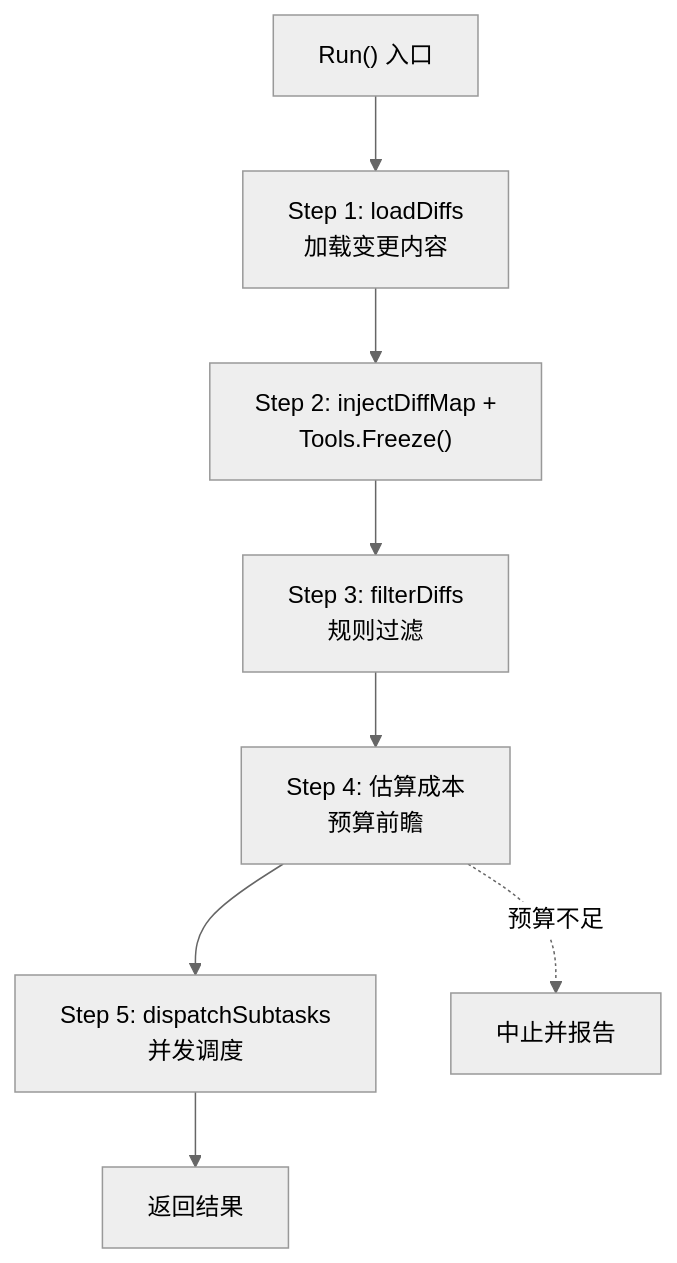
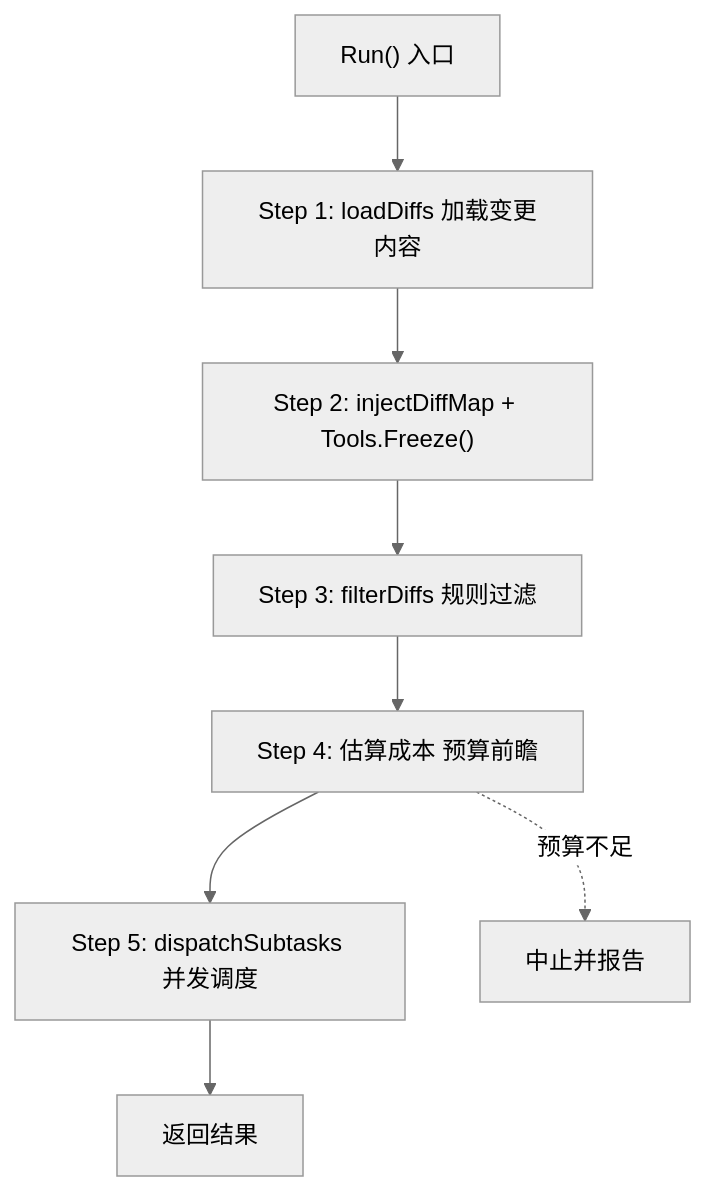
Before and after one commit to awesome-flexloop/awesome-okf: the third of 12 diagrams in doc/bundles/jishu/ai/products/open-code-review/concepts/01-architecture.md, drawn with Mermaid (neutral theme). The commit also changed other lines of this file and 10 other files, not shown here.

First line of the commit message:
docs(bundle): 清偿 Open Code Review 存量 Mermaid 违规避免规范漂移累积

````diff
--- a/doc/bundles/jishu/ai/products/open-code-review/concepts/01-architecture.md
+++ b/doc/bundles/jishu/ai/products/open-code-review/concepts/01-architecture.md
@@ -200,11 +192,10 @@
 ```mermaid
 flowchart TD
-    Start["Run() 入口"] --> S1["Step 1: loadDiffs<br/>加载变更内容"]
-    S1 --> S2["Step 2: injectDiffMap +<br/>Tools.Freeze()"]
-    S2 --> S3["Step 3: filterDiffs<br/>规则过滤"]
-    S3 --> S4["Step 4: 估算成本<br/>预算前瞻"]
-    S4 --> S5["Step 5: dispatchSubtasks<br/>并发调度"]
+    Start["Run() 入口"] --> S1["Step 1: loadDiffs 加载变更内容"]
+    S1 --> S2["Step 2: injectDiffMap + Tools.Freeze()"]
+    S2 --> S3["Step 3: filterDiffs 规则过滤"]
+    S3 --> S4["Step 4: 估算成本 预算前瞻"]
+    S4 --> S5["Step 5: dispatchSubtasks 并发调度"]
     S5 --> End["返回结果"]
-
     S4 -.->|"预算不足"| Abort["中止并报告"]
 ```
````
